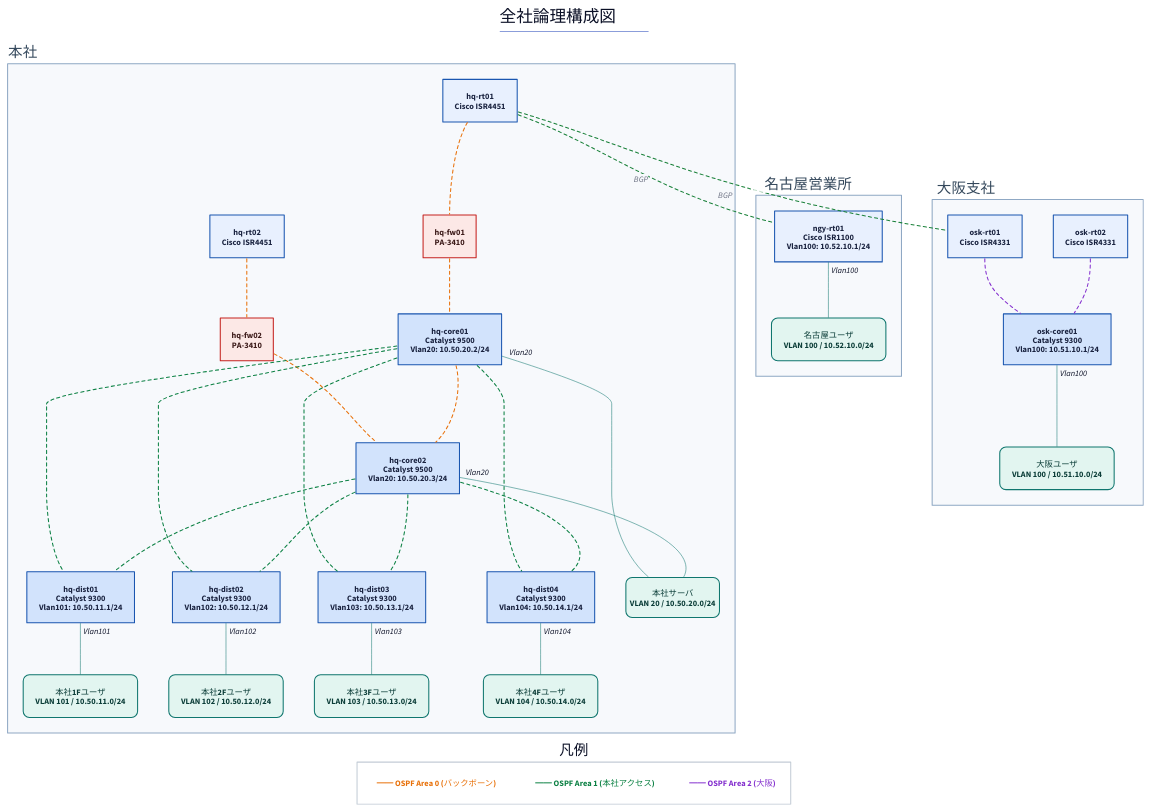
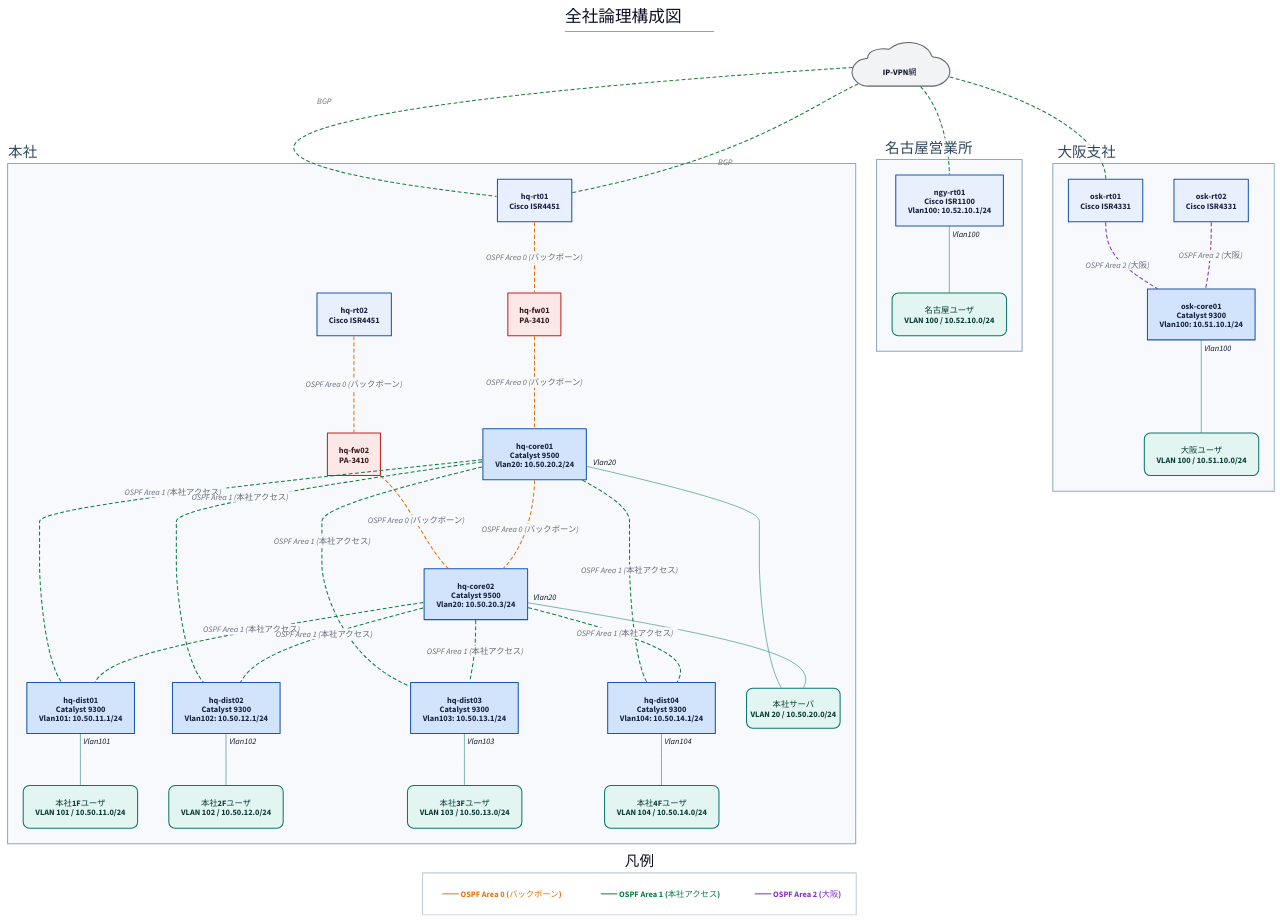
Before and after one commit to thinas1115/nwdsl: the diagram in examples/scale-50/generated/logical-all.d2, drawn with D2. The commit also changed 52 other files, not shown here.

First line of the commit message:
論理図の表現改善: D2エリア名ラベル復活 / 面塗りフラット化 / via による網経由描画

```diff
--- a/examples/scale-50/generated/logical-all.d2
+++ b/examples/scale-50/generated/logical-all.d2
@@ -1,93 +1,97 @@
 title: |md
   # 全社論理構成図
 | {near: top-center}
 direction: down
 
 classes: {
   role-router: {style.fill: "#e8f0fe"; style.stroke: "#1a56b0"; style.font-color: "#1a2340"}
   role-l3switch: {style.fill: "#d2e3fc"; style.stroke: "#1a56b0"; style.font-color: "#1a2340"}
   role-l2switch: {style.fill: "#e6f4ea"; style.stroke: "#137333"; style.font-color: "#1a2e1f"}
   role-firewall: {style.fill: "#fce8e6"; style.stroke: "#c5221f"; style.font-color: "#3c1a19"}
   role-other: {style.fill: "#f1f3f4"; style.stroke: "#5f6368"; style.font-color: "#202124"}
   node-cloud: {shape: cloud; style.fill: "#f1f3f4"; style.stroke: "#5f6368"}
   node-site: {style.fill: "#fff8e1"; style.stroke: "#b58105"; style.font-color: "#4a3a08"}
   node-segment: {style.fill: "#e2f5f0"; style.stroke: "#0f766e"; style.font-color: "#0b3d38"; style.border-radius: 12}
   node-external: {style.fill: "#ffffff"; style.stroke: "#9aa0a6"; style.stroke-dash: 3}
   group-site: {style.fill: "#f7f9fc"; style.stroke: "#8fa8c4"; style.font-color: "#33475b"}
   edge-label: {style.fill: "transparent"; style.stroke: "transparent"; style.font-size: 14; style.font-color: "#5f6368"; style.italic: true}
   edge-lan-cable: {style.stroke: "#4a4a4a"; style.stroke-width: 2}
   edge-wan-circuit: {style.stroke: "#1a73e8"; style.stroke-width: 4}
   edge-tunnel: {style.stroke: "#7b1fa2"; style.stroke-width: 2; style.stroke-dash: 5}
   edge-logical: {style.stroke: "#188038"; style.stroke-width: 2; style.stroke-dash: 3}
   edge-segment: {style.stroke: "#0f766e"; style.stroke-width: 1}
 }
 
 s_hq: "本社" {
   class: group-site
   label.near: outside-top-left
   n_hq_rt01: "hq-rt01\nCisco ISR4451" {class: role-router}
   n_hq_fw01: "hq-fw01\nPA-3410" {class: role-firewall}
   n_hq_rt02: "hq-rt02\nCisco ISR4451" {class: role-router}
   n_hq_fw02: "hq-fw02\nPA-3410" {class: role-firewall}
   n_hq_core01: "hq-core01\nCatalyst 9500\nVlan20: 10.50.20.2/24" {class: role-l3switch}
   n_hq_core02: "hq-core02\nCatalyst 9500\nVlan20: 10.50.20.3/24" {class: role-l3switch}
   n_hq_dist01: "hq-dist01\nCatalyst 9300\nVlan101: 10.50.11.1/24" {class: role-l3switch}
   n_hq_dist02: "hq-dist02\nCatalyst 9300\nVlan102: 10.50.12.1/24" {class: role-l3switch}
   n_hq_dist03: "hq-dist03\nCatalyst 9300\nVlan103: 10.50.13.1/24" {class: role-l3switch}
   n_hq_dist04: "hq-dist04\nCatalyst 9300\nVlan104: 10.50.14.1/24" {class: role-l3switch}
   n_seg__hq_srv: "本社サーバ\nVLAN 20 / 10.50.20.0/24" {class: node-segment; width: 180}
   n_seg__hq_fl1: "本社1Fユーザ\nVLAN 101 / 10.50.11.0/24" {class: node-segment}
   n_seg__hq_fl2: "本社2Fユーザ\nVLAN 102 / 10.50.12.0/24" {class: node-segment}
   n_seg__hq_fl3: "本社3Fユーザ\nVLAN 103 / 10.50.13.0/24" {class: node-segment}
   n_seg__hq_fl4: "本社4Fユーザ\nVLAN 104 / 10.50.14.0/24" {class: node-segment}
 }
 
 s_osk: "大阪支社" {
   class: group-site
   label.near: outside-top-left
   n_osk_rt01: "osk-rt01\nCisco ISR4331" {class: role-router}
   n_osk_core01: "osk-core01\nCatalyst 9300\nVlan100: 10.51.10.1/24" {class: role-l3switch}
   n_osk_rt02: "osk-rt02\nCisco ISR4331" {class: role-router}
   n_seg__osk_lan: "大阪ユーザ\nVLAN 100 / 10.51.10.0/24" {class: node-segment}
 }
 
 s_ngy: "名古屋営業所" {
   class: group-site
   label.near: outside-top-left
   n_ngy_rt01: "ngy-rt01\nCisco ISR1100\nVlan100: 10.52.10.1/24" {class: role-router}
   n_seg__ngy_lan: "名古屋ユーザ\nVLAN 100 / 10.52.10.0/24" {class: node-segment}
 }
 
-s_hq.n_hq_rt01 -- s_hq.n_hq_fw01 {class: edge-logical; style.stroke: "#e8710a"}
-s_hq.n_hq_rt02 -- s_hq.n_hq_fw02 {class: edge-logical; style.stroke: "#e8710a"}
-s_hq.n_hq_fw01 -- s_hq.n_hq_core01 {class: edge-logical; style.stroke: "#e8710a"}
-s_hq.n_hq_fw02 -- s_hq.n_hq_core02 {class: edge-logical; style.stroke: "#e8710a"}
-s_hq.n_hq_core01 -- s_hq.n_hq_core02 {class: edge-logical; style.stroke: "#e8710a"}
-s_hq.n_hq_core01 -- s_hq.n_hq_dist01 {class: edge-logical; style.stroke: "#0b8043"}
-s_hq.n_hq_core02 -- s_hq.n_hq_dist01 {class: edge-logical; style.stroke: "#0b8043"}
-s_hq.n_hq_core01 -- s_hq.n_hq_dist02 {class: edge-logical; style.stroke: "#0b8043"}
-s_hq.n_hq_core02 -- s_hq.n_hq_dist02 {class: edge-logical; style.stroke: "#0b8043"}
-s_hq.n_hq_core01 -- s_hq.n_hq_dist03 {class: edge-logical; style.stroke: "#0b8043"}
-s_hq.n_hq_core02 -- s_hq.n_hq_dist03 {class: edge-logical; style.stroke: "#0b8043"}
-s_hq.n_hq_core01 -- s_hq.n_hq_dist04 {class: edge-logical; style.stroke: "#0b8043"}
-s_hq.n_hq_core02 -- s_hq.n_hq_dist04 {class: edge-logical; style.stroke: "#0b8043"}
-s_osk.n_osk_rt01 -- s_osk.n_osk_core01 {class: edge-logical; style.stroke: "#8430ce"}
-s_osk.n_osk_rt02 -- s_osk.n_osk_core01 {class: edge-logical; style.stroke: "#8430ce"}
-s_hq.n_hq_rt01 -- s_osk.n_osk_rt01: "BGP" {class: edge-logical}
-s_hq.n_hq_rt01 -- s_ngy.n_ngy_rt01: "BGP" {class: edge-logical}
+n_ipvpn: "　IP-VPN網　" {class: node-cloud}
+
+s_hq.n_hq_rt01 -- s_hq.n_hq_fw01: "OSPF Area 0 (バックボーン)" {class: edge-logical; style.stroke: "#e8710a"}
+s_hq.n_hq_rt02 -- s_hq.n_hq_fw02: "OSPF Area 0 (バックボーン)" {class: edge-logical; style.stroke: "#e8710a"}
+s_hq.n_hq_fw01 -- s_hq.n_hq_core01: "OSPF Area 0 (バックボーン)" {class: edge-logical; style.stroke: "#e8710a"}
+s_hq.n_hq_fw02 -- s_hq.n_hq_core02: "OSPF Area 0 (バックボーン)" {class: edge-logical; style.stroke: "#e8710a"}
+s_hq.n_hq_core01 -- s_hq.n_hq_core02: "OSPF Area 0 (バックボーン)" {class: edge-logical; style.stroke: "#e8710a"}
+s_hq.n_hq_core01 -- s_hq.n_hq_dist01: "OSPF Area 1 (本社アクセス)" {class: edge-logical; style.stroke: "#0b8043"}
+s_hq.n_hq_core02 -- s_hq.n_hq_dist01: "OSPF Area 1 (本社アクセス)" {class: edge-logical; style.stroke: "#0b8043"}
+s_hq.n_hq_core01 -- s_hq.n_hq_dist02: "OSPF Area 1 (本社アクセス)" {class: edge-logical; style.stroke: "#0b8043"}
+s_hq.n_hq_core02 -- s_hq.n_hq_dist02: "OSPF Area 1 (本社アクセス)" {class: edge-logical; style.stroke: "#0b8043"}
+s_hq.n_hq_core01 -- s_hq.n_hq_dist03: "OSPF Area 1 (本社アクセス)" {class: edge-logical; style.stroke: "#0b8043"}
+s_hq.n_hq_core02 -- s_hq.n_hq_dist03: "OSPF Area 1 (本社アクセス)" {class: edge-logical; style.stroke: "#0b8043"}
+s_hq.n_hq_core01 -- s_hq.n_hq_dist04: "OSPF Area 1 (本社アクセス)" {class: edge-logical; style.stroke: "#0b8043"}
+s_hq.n_hq_core02 -- s_hq.n_hq_dist04: "OSPF Area 1 (本社アクセス)" {class: edge-logical; style.stroke: "#0b8043"}
+s_osk.n_osk_rt01 -- s_osk.n_osk_core01: "OSPF Area 2 (大阪)" {class: edge-logical; style.stroke: "#8430ce"}
+s_osk.n_osk_rt02 -- s_osk.n_osk_core01: "OSPF Area 2 (大阪)" {class: edge-logical; style.stroke: "#8430ce"}
+n_ipvpn -- s_hq.n_hq_rt01: "BGP" {class: edge-logical}
+n_ipvpn -- s_osk.n_osk_rt01 {class: edge-logical}
+n_ipvpn -- s_hq.n_hq_rt01: "BGP" {class: edge-logical}
+n_ipvpn -- s_ngy.n_ngy_rt01 {class: edge-logical}
 s_hq.n_hq_core01 -- s_hq.n_seg__hq_srv {class: edge-segment; source-arrowhead.label: "Vlan20"}
 s_hq.n_hq_core02 -- s_hq.n_seg__hq_srv {class: edge-segment; source-arrowhead.label: "Vlan20"}
 s_osk.n_osk_core01 -- s_osk.n_seg__osk_lan {class: edge-segment; source-arrowhead.label: "Vlan100"}
 s_ngy.n_ngy_rt01 -- s_ngy.n_seg__ngy_lan {class: edge-segment; source-arrowhead.label: "Vlan100"}
 s_hq.n_hq_dist01 -- s_hq.n_seg__hq_fl1 {class: edge-segment; source-arrowhead.label: "Vlan101"}
 s_hq.n_hq_dist02 -- s_hq.n_seg__hq_fl2 {class: edge-segment; source-arrowhead.label: "Vlan102"}
 s_hq.n_hq_dist03 -- s_hq.n_seg__hq_fl3 {class: edge-segment; source-arrowhead.label: "Vlan103"}
 s_hq.n_hq_dist04 -- s_hq.n_seg__hq_fl4 {class: edge-segment; source-arrowhead.label: "Vlan104"}
 
 _legend: "凡例" {
   near: bottom-center
   style.fill: "#ffffff"; style.stroke: "#c3ccd6"
   d0: "━━ OSPF Area 0 (バックボーン)" {shape: text; style.font-color: "#e8710a"; style.bold: true}
   d1: "━━ OSPF Area 1 (本社アクセス)" {shape: text; style.font-color: "#0b8043"; style.bold: true}
   d2: "━━ OSPF Area 2 (大阪)" {shape: text; style.font-color: "#8430ce"; style.bold: true}
 }
```
